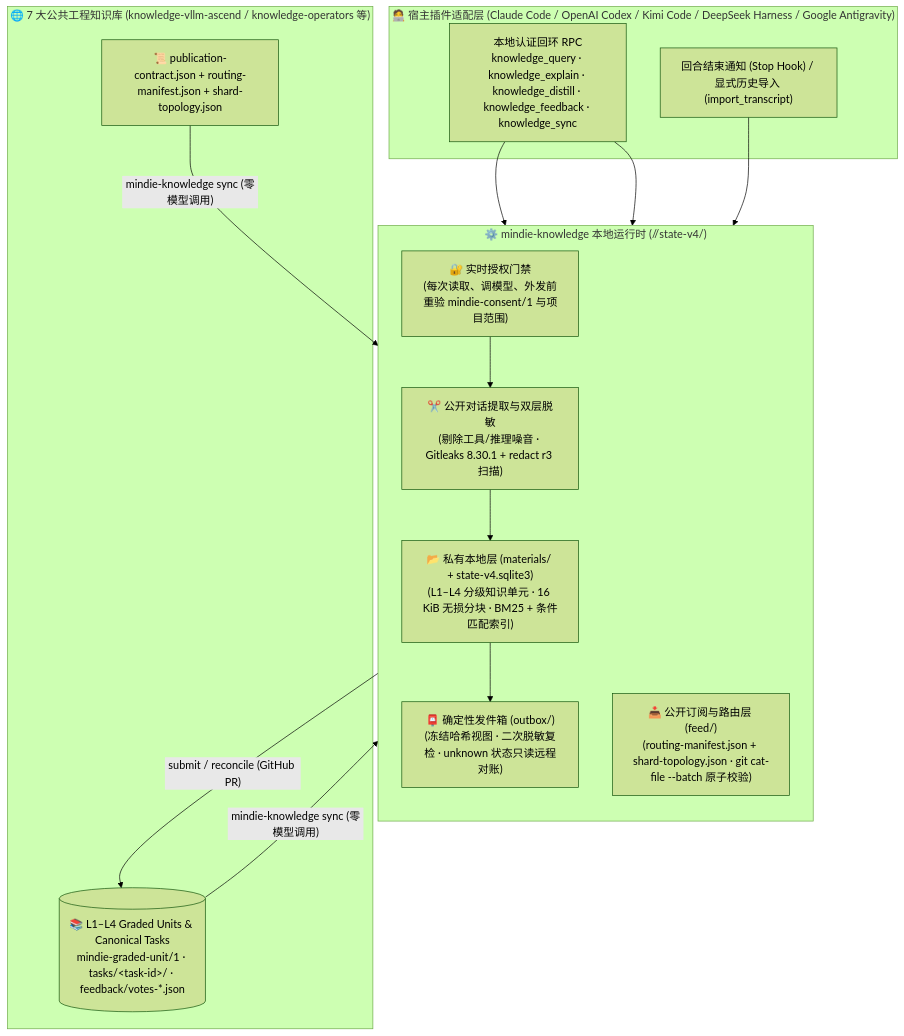
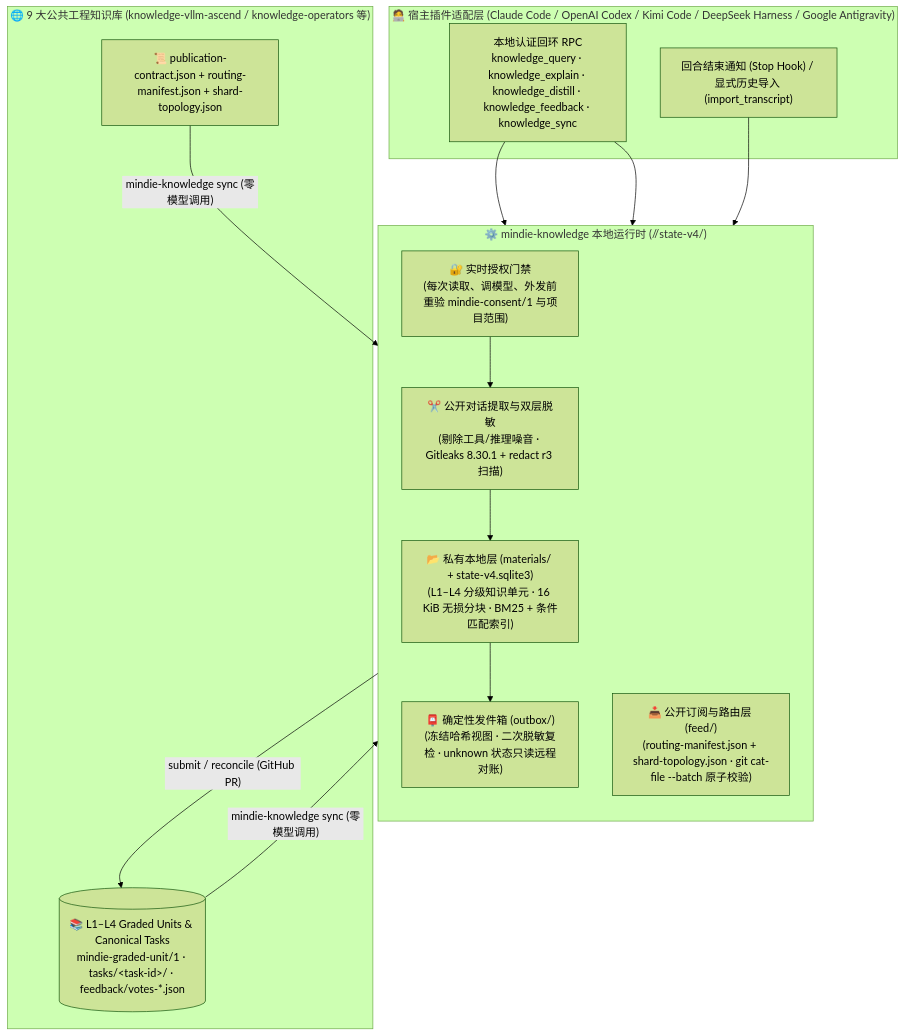
The diagram in README.md (mindie-agent/knowledge), drawn with Mermaid (forest theme) before and after one commit. The commit also changed other lines of this file and 102 other files, not shown here.

````diff
--- a/README.md
+++ b/README.md
@@ -112,28 +114,28 @@
 ```mermaid
 flowchart TB
   subgraph Clients["🧑‍💻 宿主插件适配层 (Claude Code / OpenAI Codex / Kimi Code / DeepSeek Harness / Google Antigravity)"]
     MCP["本地认证回环 RPC<br/>knowledge_query · knowledge_explain · knowledge_distill · knowledge_feedback · knowledge_sync"]
     Hook["回合结束通知 (Stop Hook) / 显式历史导入 (import_transcript)"]
   end
 
   subgraph Engine["⚙️ mindie-knowledge 本地运行时 (<root>/<domain>/state-v4/)"]
     direction TB
     Gate["🔐 实时授权门禁<br/>(每次读取、调模型、外发前重验 mindie-consent/1 与项目范围)"]
     Proj["✂️ 公开对话提取与双层脱敏<br/>(剔除工具/推理噪音 · Gitleaks 8.30.1 + redact r3 扫描)"]
     Mat["📂 私有本地层 (materials/ + state-v4.sqlite3)<br/>(L1–L4 分级知识单元 · 16 KiB 无损分块 · BM25 + 条件匹配索引)"]
     Out["📮 确定性发件箱 (outbox/)<br/>(冻结哈希视图 · 二次脱敏复检 · unknown 状态只读远程对账)"]
     FeedCache["📥 公开订阅与路由层 (feed/)<br/>(routing-manifest.json + shard-topology.json · git cat-file --batch 原子校验)"]
 
     Gate --> Proj --> Mat --> Out
   end
 
-  subgraph Upstream["🌐 7 大公共工程知识库 (knowledge-vllm-ascend / knowledge-operators 等)"]
+  subgraph Upstream["🌐 9 大公共工程知识库 (knowledge-vllm-ascend / knowledge-operators 等)"]
     Contract["📜 publication-contract.json + routing-manifest.json + shard-topology.json"]
     Tasks[("📚 L1–L4 Graded Units & Canonical Tasks<br/>mindie-graded-unit/1 · tasks/&lt;task-id&gt;/ · feedback/votes-*.json")]
   end
 
   MCP --> Mat & FeedCache
   Hook --> Gate
   Out -- "submit / reconcile (GitHub PR)" --> Tasks
   Contract & Tasks -- "mindie-knowledge sync (零模型调用)" --> FeedCache
 ```
````
